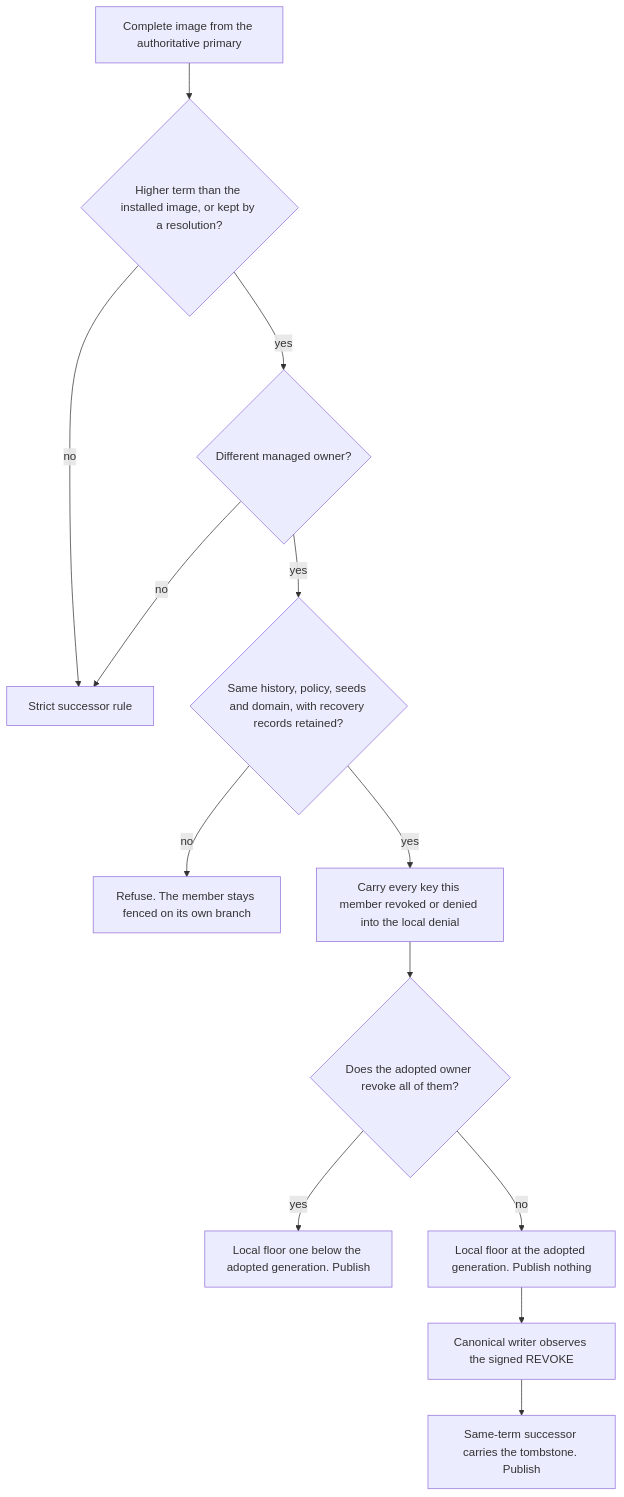
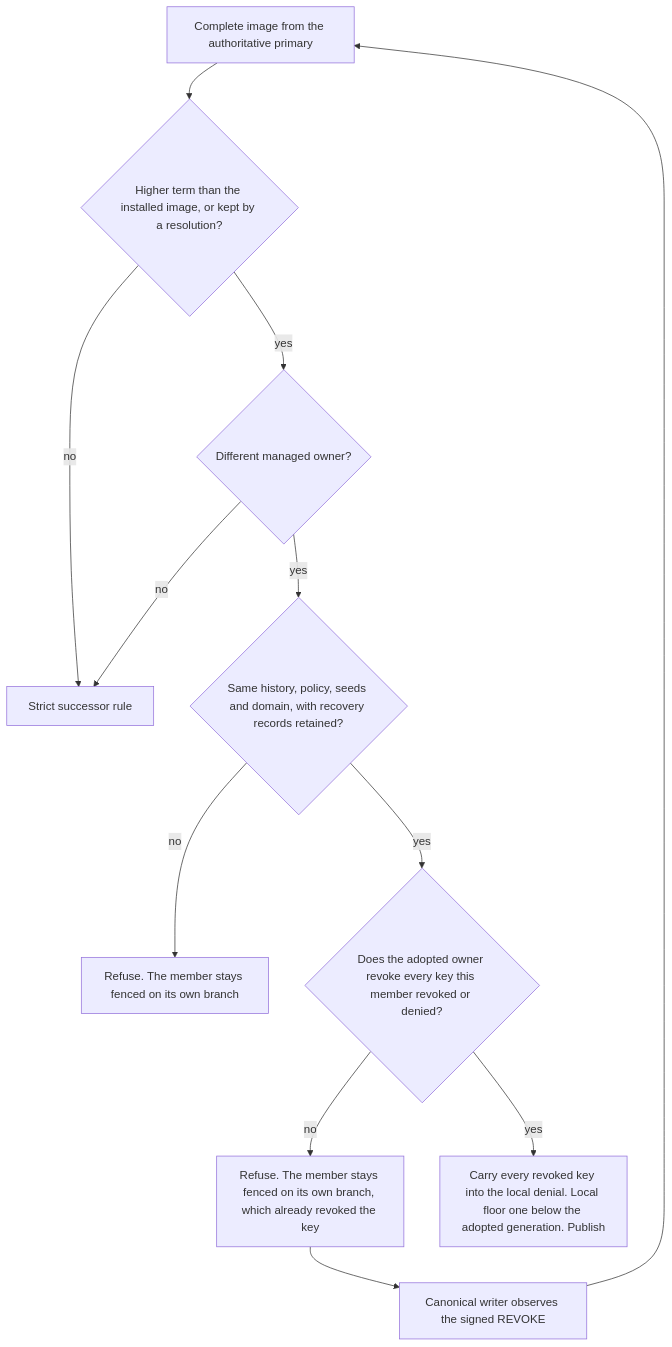
One commit to robertherbaugh/kudurru changed the eighth of 12 diagrams in docs/architecture/upstreams-and-cache.md. Above: the diagram before and after it, drawn with Mermaid. The commit also changed other lines of this file and 4 other files, not shown here.

````diff
--- a/docs/architecture/upstreams-and-cache.md
+++ b/docs/architecture/upstreams-and-cache.md
@@ -579,14 +579,13 @@
 ```mermaid
 flowchart TD
   I[Complete image from the authoritative primary] --> T{Higher term than the installed image, or kept by a resolution?}
   T -- no --> S[Strict successor rule]
   T -- yes --> D{Different managed owner?}
   D -- no --> S
   D -- yes --> H{Same history, policy, seeds and domain, with recovery records retained?}
   H -- no --> R[Refuse. The member stays fenced on its own branch]
-  H -- yes --> C[Carry every key this member revoked or denied into the local denial]
-  C --> P{Does the adopted owner revoke all of them?}
-  P -- yes --> O[Local floor one below the adopted generation. Publish]
-  P -- no --> N[Local floor at the adopted generation. Publish nothing]
-  N --> W[Canonical writer observes the signed REVOKE] --> X[Same-term successor carries the tombstone. Publish]
+  H -- yes --> P{Does the adopted owner revoke every key this member revoked or denied?}
+  P -- no --> N[Refuse. The member stays fenced on its own branch, which already revoked the key]
+  N --> W[Canonical writer observes the signed REVOKE] --> I
+  P -- yes --> O[Carry every revoked key into the local denial. Local floor one below the adopted generation. Publish]
 ```
````
